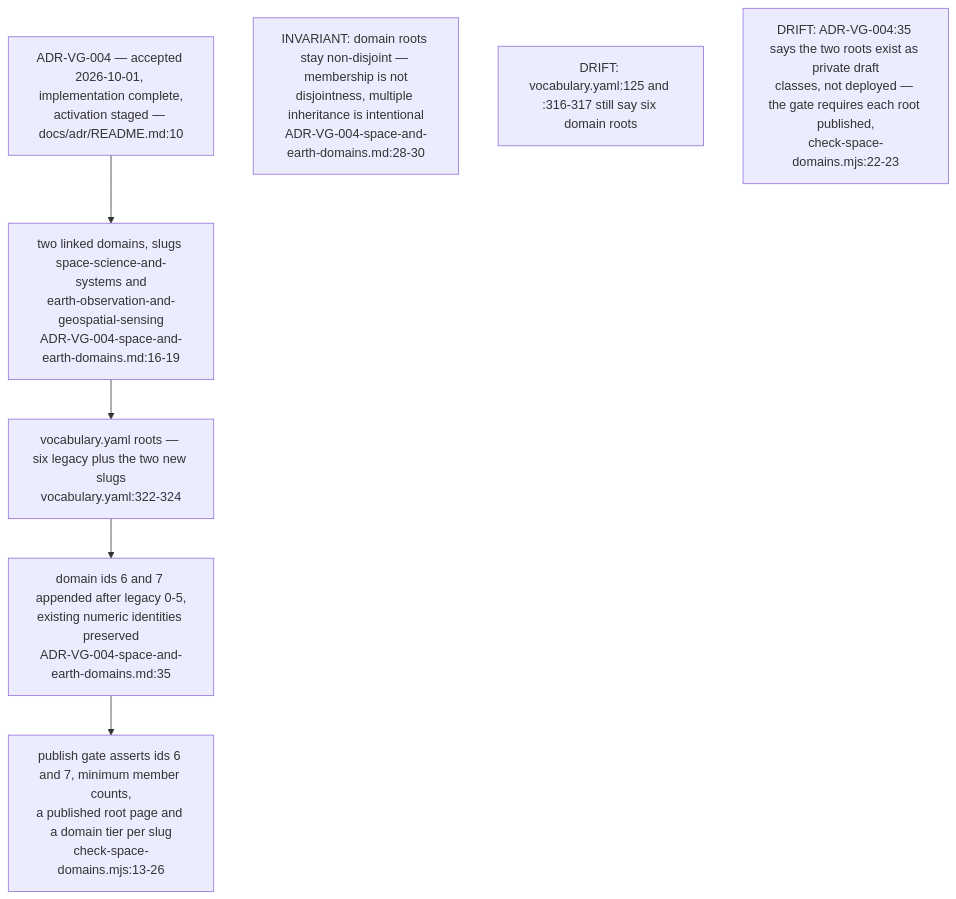
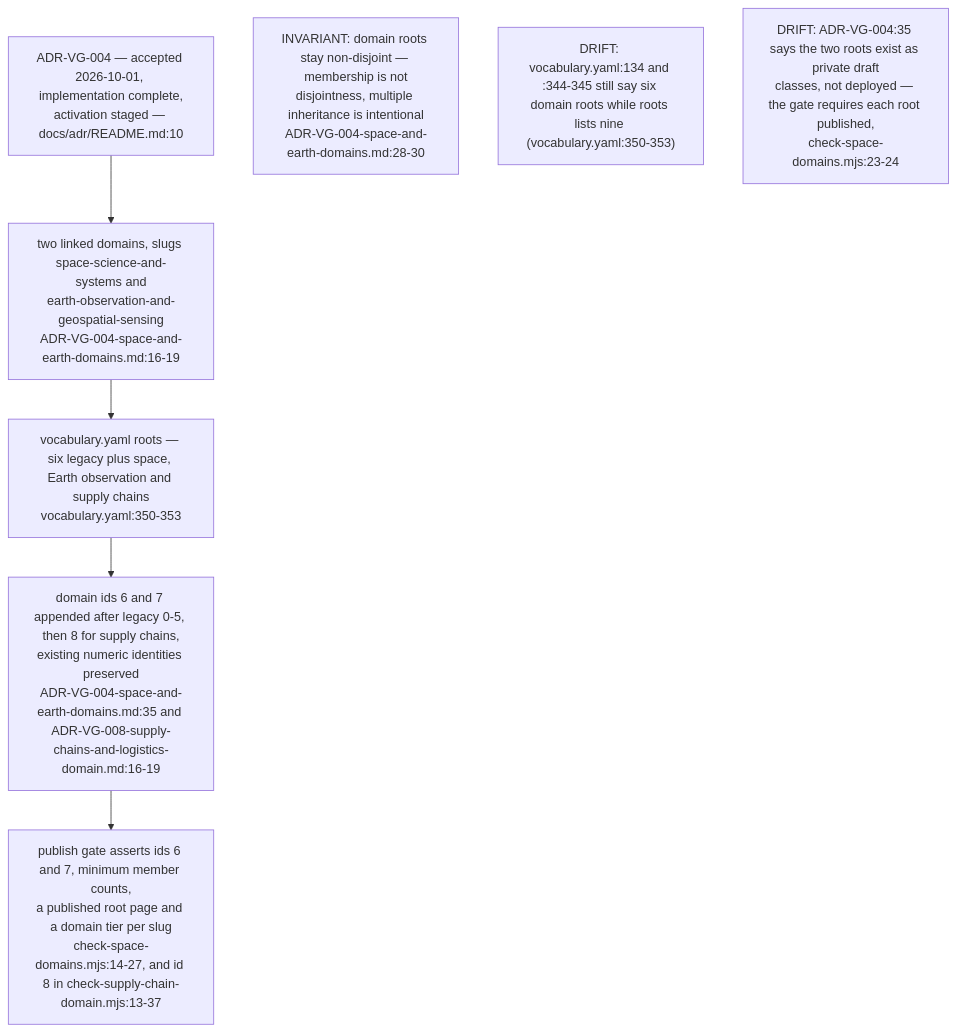
The sixth of 6 diagrams in docs/diagrams/visiongraph/01-vault-structure-and-contract.md (DreamLab-AI/VisionFlow), drawn with Mermaid before and after one commit. The commit also changed other lines of this file and 160 other files, not shown here.

````diff
--- a/docs/diagrams/visiongraph/01-vault-structure-and-contract.md
+++ b/docs/diagrams/visiongraph/01-vault-structure-and-contract.md
@@ -164,12 +167,12 @@
 ```mermaid
 flowchart TB
     ADR["ADR-VG-004 — accepted 2026-10-01, implementation complete,<br/>activation staged — docs/adr/README.md:10"]
     SLUGS["two linked domains, slugs space-science-and-systems and<br/>earth-observation-and-geospatial-sensing<br/>ADR-VG-004-space-and-earth-domains.md:16-19"]
-    ROOTS["vocabulary.yaml roots — six legacy plus the two new slugs<br/>vocabulary.yaml:322-324"]
-    IDS["domain ids 6 and 7 appended after legacy 0-5,<br/>existing numeric identities preserved<br/>ADR-VG-004-space-and-earth-domains.md:35"]
-    GATE["publish gate asserts ids 6 and 7, minimum member counts,<br/>a published root page and a domain tier per slug<br/>check-space-domains.mjs:13-26"]
+    ROOTS["vocabulary.yaml roots — six legacy plus space, Earth observation and supply chains<br/>vocabulary.yaml:350-353"]
+    IDS["domain ids 6 and 7 appended after legacy 0-5, then 8 for supply chains,<br/>existing numeric identities preserved<br/>ADR-VG-004-space-and-earth-domains.md:35 and ADR-VG-008-supply-chains-and-logistics-domain.md:16-19"]
+    GATE["publish gate asserts ids 6 and 7, minimum member counts,<br/>a published root page and a domain tier per slug<br/>check-space-domains.mjs:14-27, and id 8 in check-supply-chain-domain.mjs:13-37"]
     ADR --> SLUGS --> ROOTS --> IDS --> GATE
     note1["INVARIANT: domain roots stay non-disjoint — membership is not<br/>disjointness, multiple inheritance is intentional<br/>ADR-VG-004-space-and-earth-domains.md:28-30"]
-    note2["DRIFT: vocabulary.yaml:125 and :316-317 still say six domain roots"]
-    note3["DRIFT: ADR-VG-004:35 says the two roots exist as private draft<br/>classes, not deployed — the gate requires each root published,<br/>check-space-domains.mjs:22-23"]
+    note2["DRIFT: vocabulary.yaml:134 and :344-345 still say six domain roots while roots lists nine #40;vocabulary.yaml:350-353#41;"]
+    note3["DRIFT: ADR-VG-004:35 says the two roots exist as private draft<br/>classes, not deployed — the gate requires each root published,<br/>check-space-domains.mjs:23-24"]
 ```
````
